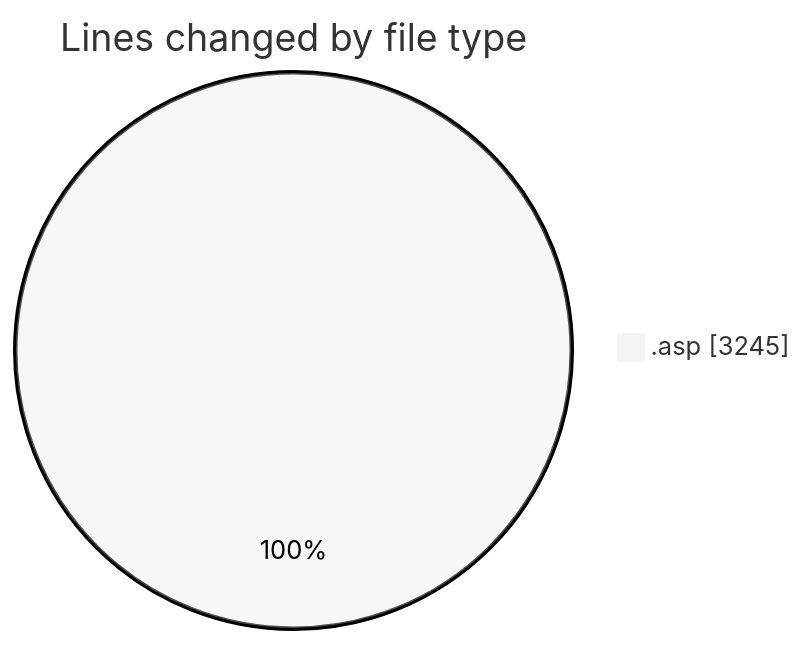
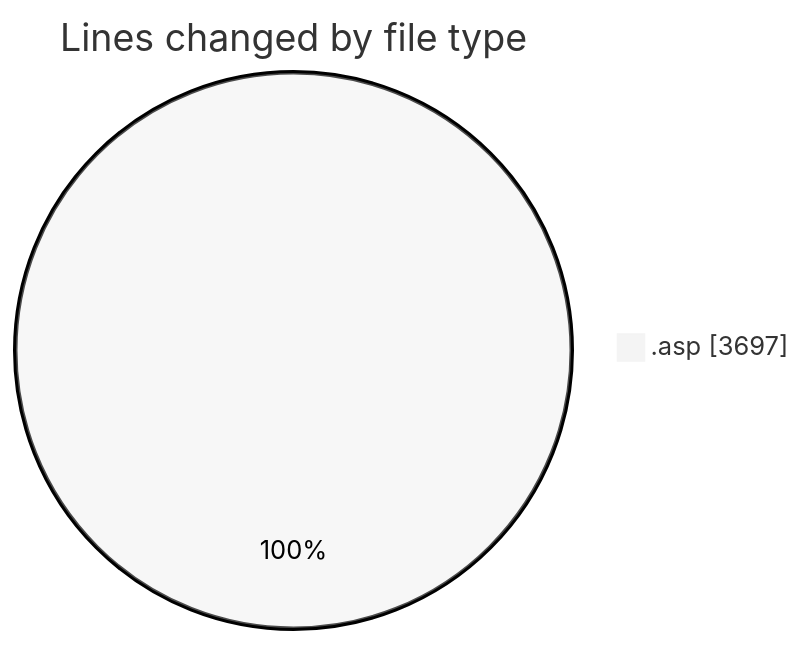
The first of 2 diagrams in 2025-11-18/cdp_aleoudev_fr__workspace_/README.md (julien-gomy/code-tracking), drawn with Mermaid (neutral theme) before and after one commit. The commit also changed other lines of this file and 1 other file, not shown here.

````diff
--- a/2025-11-18/cdp_aleoudev_fr__workspace_/README.md
+++ b/2025-11-18/cdp_aleoudev_fr__workspace_/README.md
@@ -24,5 +25,5 @@
 ```mermaid
 pie showData
 title Lines changed by file type
-".asp" : 3245
+".asp" : 3697
 ```
````
